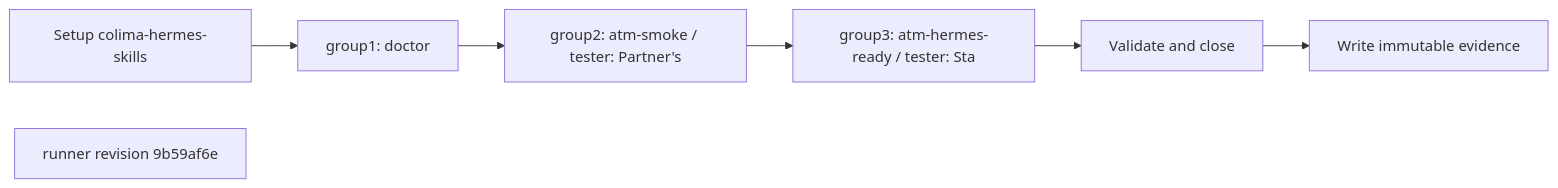
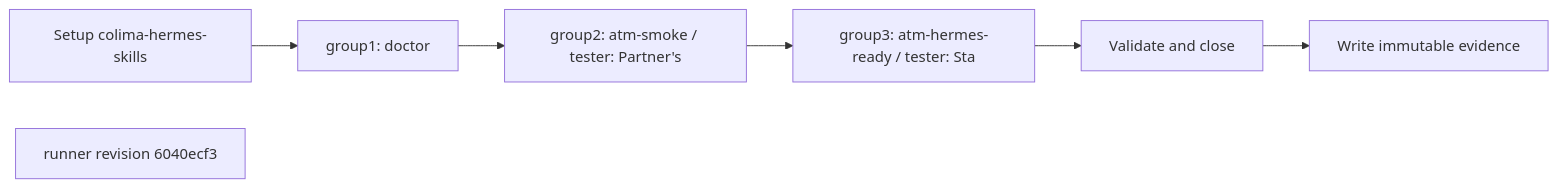
The first of 2 diagrams in docs/procedures/colima-hermes-skills.md (randlee/atm-core), drawn with Mermaid before and after one commit. The commit also changed other lines of this file and 87 other files, not shown here.

````diff
--- a/docs/procedures/colima-hermes-skills.md
+++ b/docs/procedures/colima-hermes-skills.md
@@ -16,15 +16,15 @@
 ```mermaid
 flowchart LR
   setup[Setup colima-hermes-skills]
   case1[group1: doctor]
   case2[group2: atm-smoke / tester: Partner's ]
   case3[group3: atm-hermes-ready / tester: Sta]
   teardown[Validate and close]
   evidence[Write immutable evidence]
   setup --> case1
   case1 --> case2
   case2 --> case3
   case3 --> teardown
   teardown --> evidence
-  note[runner revision 9b59af6e]:::revision
+  note[runner revision 6040ecf3]:::revision
 ```
````
